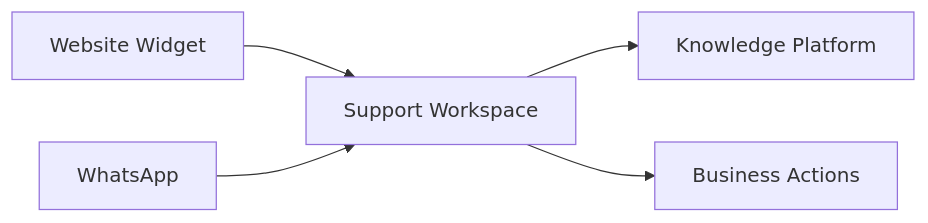
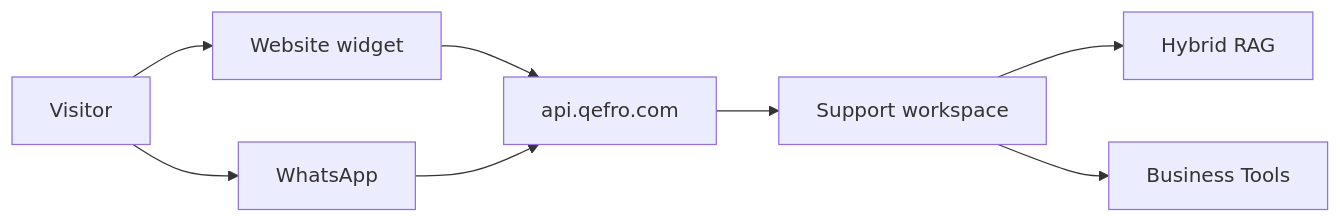
One commit to qefro-ai/qefro-documentation changed the diagram in docs/platform/customer-ai.mdx. Above: the diagram before and after it, drawn with Mermaid. The commit also changed other lines of this file and 17 other files, not shown here.

First line of the commit message:
Expand remaining Platform and API stub pages.

````diff
--- a/docs/platform/customer-ai.mdx
+++ b/docs/platform/customer-ai.mdx
@@ -40,7 +34,10 @@
 ```mermaid
 flowchart LR
-  W[Website Widget] --> WS[Support Workspace]
-  WA[WhatsApp] --> WS
-  WS --> RAG[Knowledge Platform]
-  WS --> ACT[Business Actions]
+  Visitor --> Widget[Website widget]
+  Visitor --> WA[WhatsApp]
+  Widget --> API[api.qefro.com]
+  WA --> API
+  API --> WS[Support workspace]
+  WS --> RAG[Hybrid RAG]
+  WS --> Tools[Business Tools]
 ```
````
